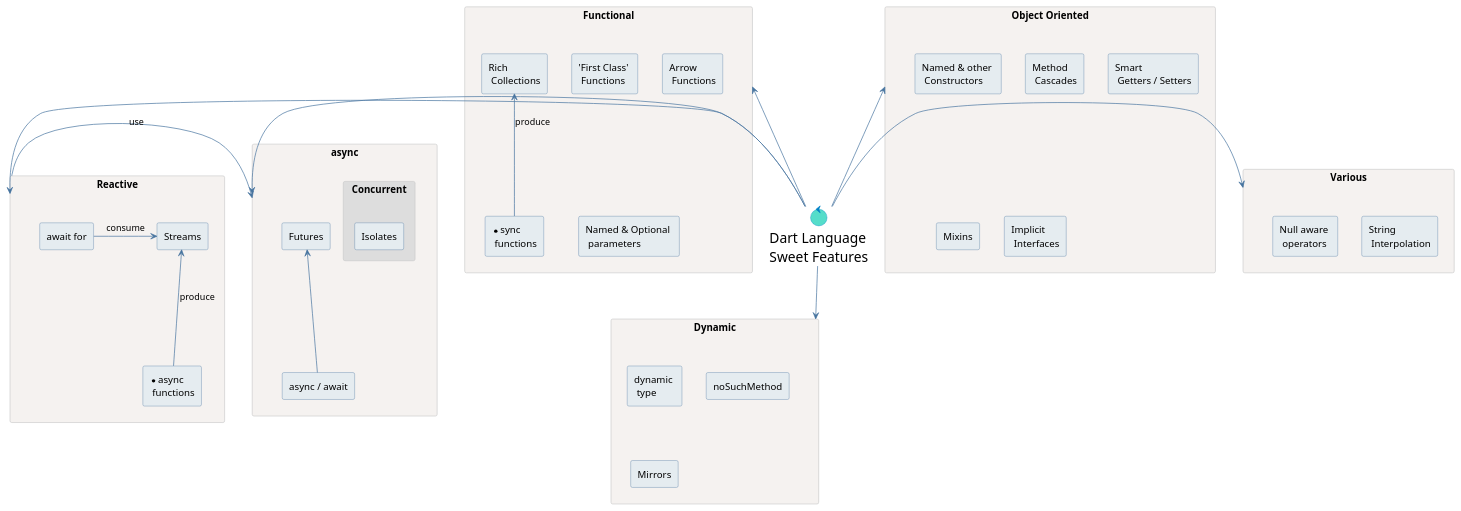
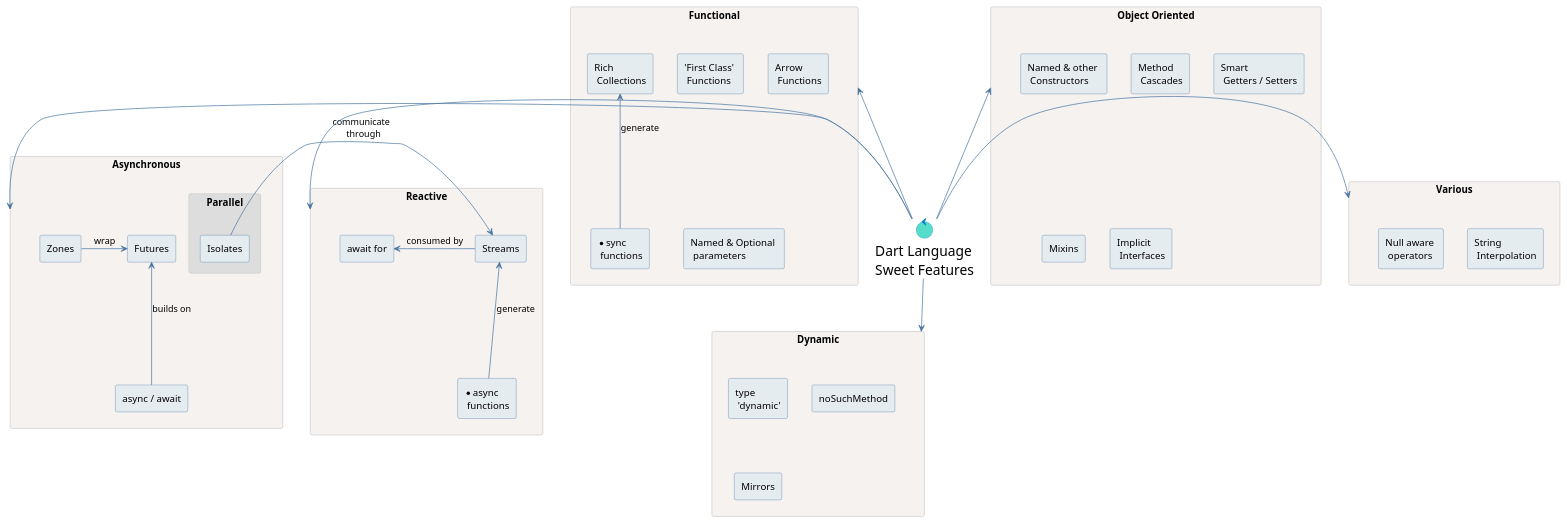
Before and after one commit to dafesimonek/dart-platform-diagrams: the diagram in language-features.puml, drawn with PlantUML. The commit also changed 2 other files, not shown here.

Commit message:
diagrams improved, language features added to readme

```diff
--- a/language-features.puml
+++ b/language-features.puml
@@ -1,120 +1,124 @@
 @startuml
 
 skinparam {
 
     shadowing false
     arrowColor #46749F
 
     RectangleBorderColor #CCCCCC
     RectangleBackgroundColor #F5F2F0
 
     ComponentBorderColor #46749F
     ComponentBackgroundColor #E5ECF0
 
     AgentBorderColor #46749F
     AgentBackgroundColor #E5ECF0
 
     UsecaseBorderColor #46749F
     UsecaseBackgroundColor #E5ECF0
 
     ControlBorderColor #0081C6
     ControlBackgroundColor #55DDCA
 
 }
 
 
 rectangle "Functional" as functional {
 
     agent "'First Class' \n Functions" as firstClassFunctions [[https://www.dartlang.org/guides/language/language-tour#functions]]
 
     agent "Arrow \n Functions" as arrowFunctions [[https://www.dartlang.org/resources/dart-tips/dart-tips-ep-7]]
 
     agent "Rich \n Collections" as collectionOperators [[https://api.dartlang.org/stable/dart-collection/dart-collection-library.html]]
 
     agent "Named & Optional \n parameters" as namedParams [[https://www.dartlang.org/guides/language/language-tour#optional-parameters]]
 
     agent "*sync \n functions" as syncGenerators [[https://www.dartlang.org/articles/language/beyond-async#synchronous-generators-sync]]
 
-    syncGenerators -up-> collectionOperators: produce
+    syncGenerators -up-> collectionOperators: generate
 
 }
-
-rectangle "Reactive" as reactive {
-
-    agent "Streams" as streams [[https://www.dartlang.org/tutorials/language/streams]]
-
-    agent "await for" as awaitFor [[https://www.dartlang.org/articles/language/beyond-async#await-for]]
-
-    agent "*async \n functions" as asyncGenerators [[https://www.dartlang.org/articles/language/beyond-async#asynchronous-generators-async]]
-
-
-    awaitFor -> streams: consume
-
-    asyncGenerators -up-> streams: produce
-
-}
-
-reactive -> async: use
 
 rectangle "Object Oriented" as objectOriented {
 
     agent "Named & other \n Constructors" as constructors [[https://www.dartlang.org/guides/language/language-tour#named-constructors]]
 
     agent "Method \n Cascades" as cascading [[https://www.dartlang.org/guides/language/language-tour#cascade-notation-]]
 
     agent "Smart \n Getters / Setters" as gettersSetters [[https://www.dartlang.org/guides/language/language-tour#getters-and-setters]]
 
     agent "Mixins" as mixins [[https://www.dartlang.org/guides/language/language-tour#adding-features-to-a-class-mixins]]
 
     agent "Implicit \n Interfaces" as interfaces [[https://www.dartlang.org/guides/language/language-tour#implicit-interfaces]]
 
 
 }
 
 rectangle "Asynchronous" as async {
 
     agent "Futures" as futures [[https://www.dartlang.org/tutorials/language/futures]]
 
     agent "async / await" as asyncAwait [[https://www.dartlang.org/tutorials/language/futures#async-and-await]]
 
-    asyncAwait -up-> futures
+    agent "Zones" as zones [[https://www.dartlang.org/articles/libraries/zones]]
 
-    rectangle "Concurrent" as concurrent #DDDDDD {
+    asyncAwait -up-> futures : builds on
+
+    zones -> futures : wrap
+
+    rectangle "Parallel" as concurrent #DDDDDD {
 
         agent "Isolates" as isolates [[https://api.dartlang.org/stable/dart-isolate/dart-isolate-library.html]]
 
     }
 
 }
 
+rectangle "Reactive" as reactive {
+
+    agent "Streams" as streams [[https://www.dartlang.org/tutorials/language/streams]]
+
+    agent "await for" as awaitFor [[https://www.dartlang.org/articles/language/beyond-async#await-for]]
+
+    agent "*async \n functions" as asyncGenerators [[https://www.dartlang.org/articles/language/beyond-async#asynchronous-generators-async]]
+
+
+    awaitFor <- streams: consumed by
+
+    asyncGenerators -up-> streams: generate
+
+    isolates -> streams : communicate \n through
+
+}
+
+
 rectangle "Dynamic" as dynamic {
 
-    agent "dynamic \n type" as dynamicType [[https://www.dartlang.org/dart-2.0#strong-mode-and-static-typing]]
+    agent "type \n 'dynamic'" as dynamicType [[https://www.dartlang.org/dart-2.0#strong-mode-and-static-typing]]
 
     agent "noSuchMethod" as noSuchMethod [[https://api.dartlang.org/stable/dart-core/Object/noSuchMethod.html]]
 
     agent "Mirrors" as mirrors [[https://www.dartlang.org/articles/dart-vm/reflection-with-mirrors]]
 
 }
-
 
 rectangle "Various" as various {
 
     agent "String \n Interpolation" as interpolation [[https://www.dartlang.org/guides/language/language-tour#strings]]
 
     agent "Null aware \n operators" as nullAware [[http://news.dartlang.org/2015/08/dart-112-released-with-null-aware.html]]
 
 }
 
 
 control "<size:20>Dart Language</size>\n<size:20>Sweet Features</size>" as dartLang
 
 
 dartLang -up-> functional
 dartLang -> async
 dartLang -> various
 dartLang -> dynamic
 dartLang -> reactive
 dartLang -up-> objectOriented
 
 @enduml
```
